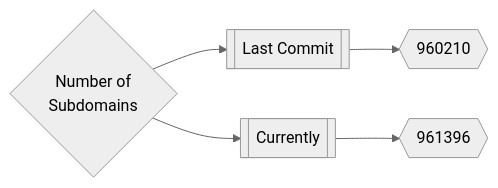
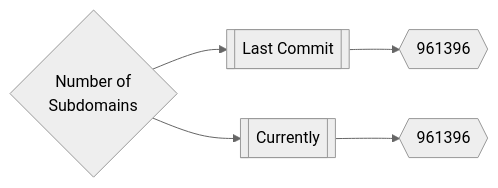
One commit to trickest/inventory changed the first of 3 diagrams in README.md. Above: the diagram before and after it, drawn with Mermaid (neutral theme).

Commit message:
Update Fri Mar 18 19:15:45 UTC 2022

````diff
--- a/README.md
+++ b/README.md
@@ -165,5 +165,5 @@
 ```mermaid
 graph LR
-title{Number of<br>Subdomains} --> subdomainsDate1[[Last Commit]] --> subdomainsNum1{{960210}}
+title{Number of<br>Subdomains} --> subdomainsDate1[[Last Commit]] --> subdomainsNum1{{961396}}
 title --> subdomainsDate2[[Currently]] --> subdomainsNum2{{961396}}
 ```
````
